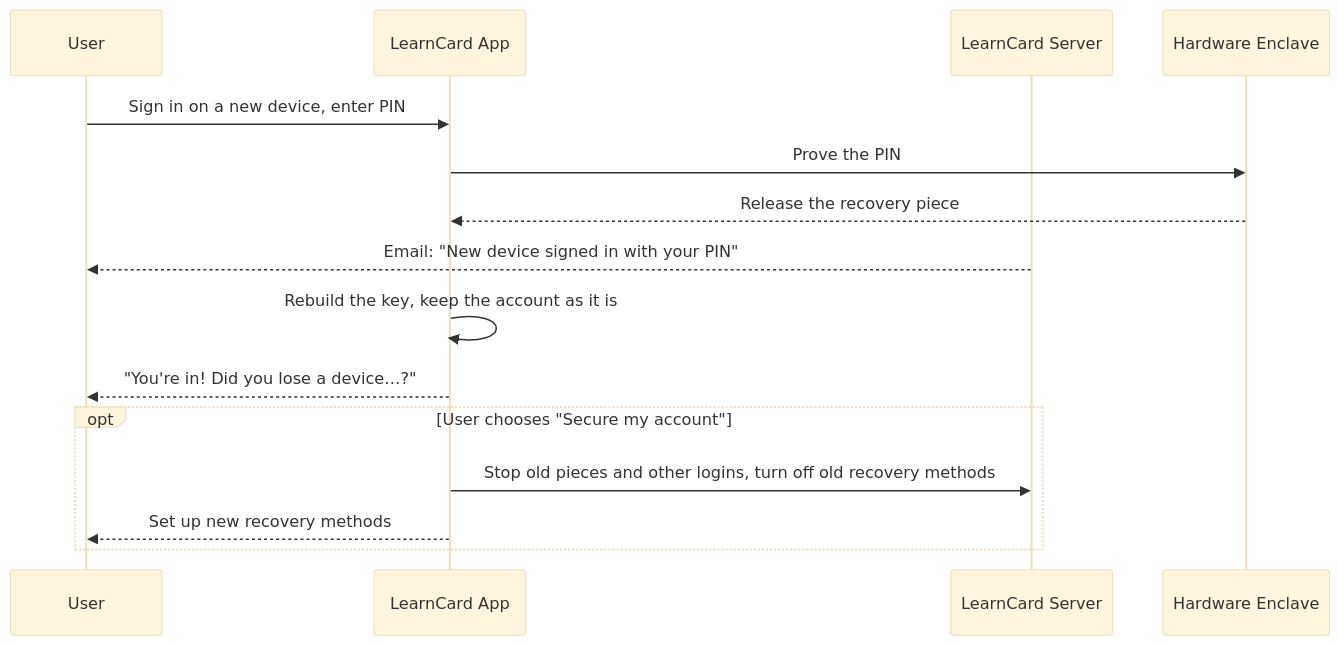
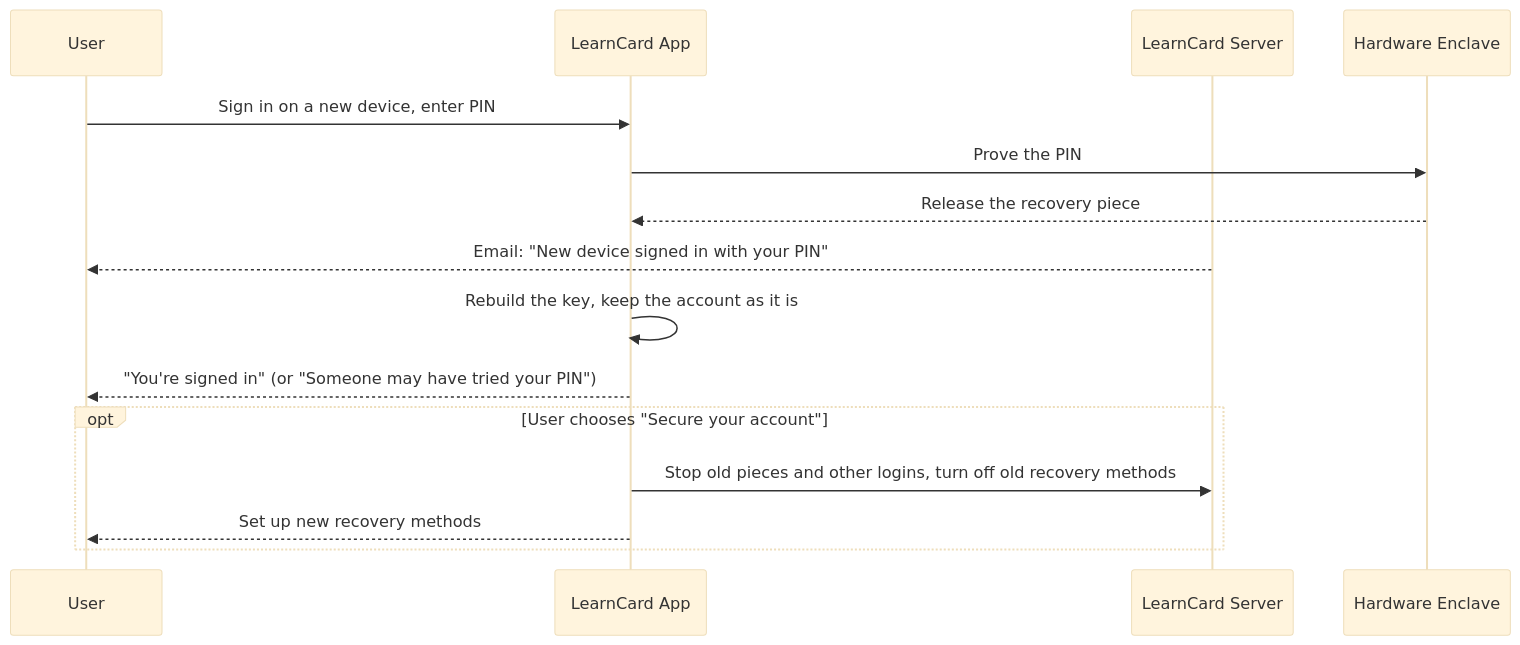
Before and after one commit to learningeconomy/LearnCard: the second of 2 diagrams in docs/core-concepts/automatic-account-recovery.md, drawn with Mermaid (base theme). The commit also changed other lines of this file and 34 other files, not shown here.

First line of the commit message:
feat(escrow): PIN UX polish — "Confirm it's you", calmer sign-in sheet, own-typos rule, required PIN at sign-up (fail-open)

````diff
--- a/docs/core-concepts/automatic-account-recovery.md
+++ b/docs/core-concepts/automatic-account-recovery.md
@@ -85,18 +95,18 @@
 ```mermaid
 sequenceDiagram
     participant User
     participant App as LearnCard App
     participant Server as LearnCard Server
     participant Enclave as Hardware Enclave
 
     User->>App: Sign in on a new device, enter PIN
     App->>Enclave: Prove the PIN
     Enclave-->>App: Release the recovery piece
     Server-->>User: Email: "New device signed in with your PIN"
     App->>App: Rebuild the key, keep the account as it is
-    App-->>User: "You're in! Did you lose a device…?"
-    opt User chooses "Secure my account"
+    App-->>User: "You're signed in" (or "Someone may have tried your PIN")
+    opt User chooses "Secure your account"
         App->>Server: Stop old pieces and other logins, turn off old recovery methods
         App-->>User: Set up new recovery methods
     end
 ```
````
